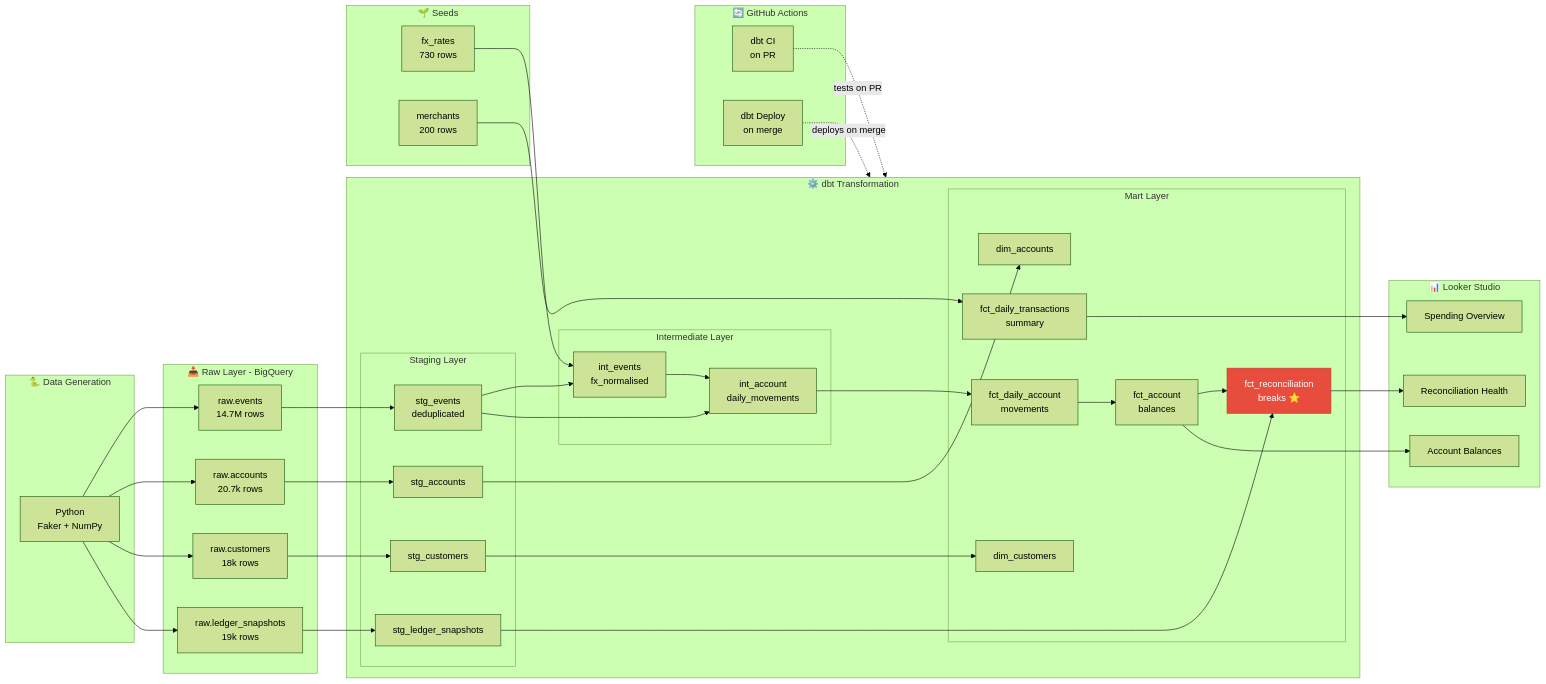
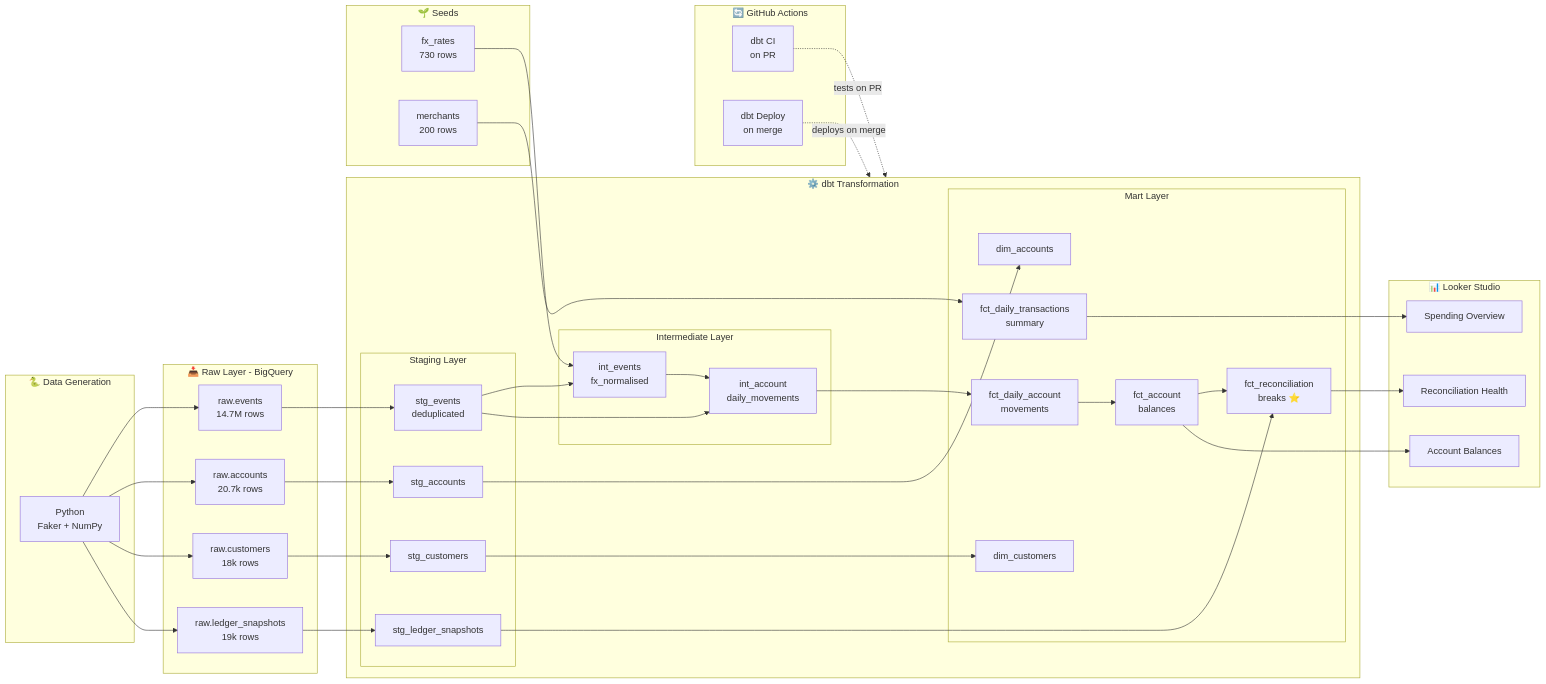
The diagram in README.md (sachin14596/fenzo-bank), drawn with Mermaid before and after one commit.

Commit message:
fix: mermaid diagram subgraph title

````diff
--- a/README.md
+++ b/README.md
@@ -17,77 +17,74 @@
 ```mermaid
-%%{init: {'theme': 'forest'}}%%
 flowchart LR
     subgraph Generation["🐍 Data Generation"]
         PY[Python\nFaker + NumPy]
     end
 
     subgraph Raw["📥 Raw Layer - BigQuery"]
         R1[raw.events\n14.7M rows]
         R2[raw.accounts\n20.7k rows]
         R3[raw.customers\n18k rows]
         R4[raw.ledger_snapshots\n19k rows]
     end
 
     subgraph dbt["⚙️ dbt Transformation"]
         subgraph Staging["Staging Layer"]
             S1[stg_events\ndeduplicated]
             S2[stg_accounts]
             S3[stg_customers]
             S4[stg_ledger_snapshots]
         end
 
         subgraph Intermediate["Intermediate Layer"]
             I1[int_events\nfx_normalised]
             I2[int_account\ndaily_movements]
         end
 
         subgraph Marts["Mart Layer"]
             M1[dim_accounts]
             M2[dim_customers]
             M3[fct_daily_account\nmovements]
             M4[fct_account\nbalances]
             M5[fct_reconciliation\nbreaks ⭐]
             M6[fct_daily_transactions\nsummary]
         end
     end
 
     subgraph Seeds["🌱 Seeds"]
         SE1[fx_rates\n730 rows]
         SE2[merchants\n200 rows]
     end
 
     subgraph BI["📊 Looker Studio"]
         L1[Spending Overview]
         L2[Account Balances]
         L3[Reconciliation Health]
     end
 
     subgraph CI["🔄 GitHub Actions"]
         CI1[dbt CI\non PR]
         CI2[dbt Deploy\non merge]
     end
 
     PY --> R1 & R2 & R3 & R4
     R1 --> S1
     R2 --> S2
     R3 --> S3
     R4 --> S4
     SE1 --> I1
     SE2 --> M6
     S1 --> I1
     S1 --> I2
     I1 --> I2
     I2 --> M3
     M3 --> M4
     M4 --> M5
     S4 --> M5
     S2 --> M1
     S3 --> M2
     M6 --> L1
     M4 --> L2
     M5 --> L3
     CI1 -.->|tests on PR| dbt
     CI2 -.->|deploys on merge| dbt
-
-    style M5 fill:#e74c3c,stroke:#c0392b,color:#fff
 ```
````
